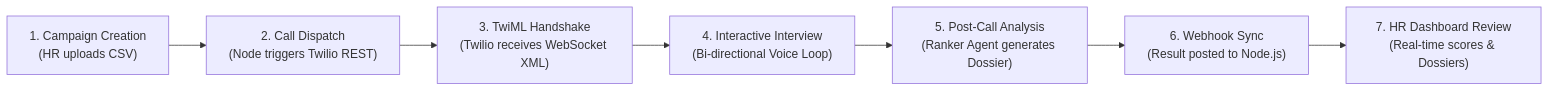
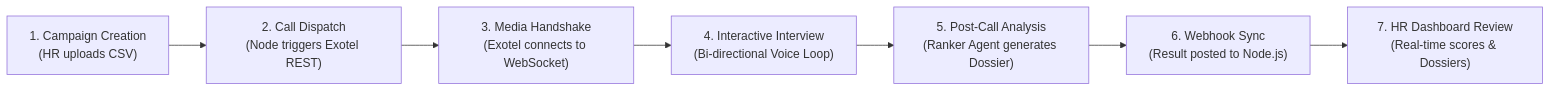
One commit to TusharDayma/MERN_AI_CALLING changed the fourth of 4 diagrams in PROJECT_DOCUMENTATION.md. Above: the diagram before and after it, drawn with Mermaid. The commit also changed other lines of this file and 48 other files, not shown here.

````diff
--- a/PROJECT_DOCUMENTATION.md
+++ b/PROJECT_DOCUMENTATION.md
@@ -236,9 +238,9 @@
 ```mermaid
 flowchart LR
-    Step1["1. Campaign Creation\n(HR uploads CSV)"] --> Step2["2. Call Dispatch\n(Node triggers Twilio REST)"]
-    Step2 --> Step3["3. TwiML Handshake\n(Twilio receives WebSocket XML)"]
+    Step1["1. Campaign Creation\n(HR uploads CSV)"] --> Step2["2. Call Dispatch\n(Node triggers Exotel REST)"]
+    Step2 --> Step3["3. Media Handshake\n(Exotel connects to WebSocket)"]
     Step3 --> Step4["4. Interactive Interview\n(Bi-directional Voice Loop)"]
     Step4 --> Step5["5. Post-Call Analysis\n(Ranker Agent generates Dossier)"]
     Step5 --> Step6["6. Webhook Sync\n(Result posted to Node.js)"]
     Step6 --> Step7["7. HR Dashboard Review\n(Real-time scores & Dossiers)"]
 ```
````
